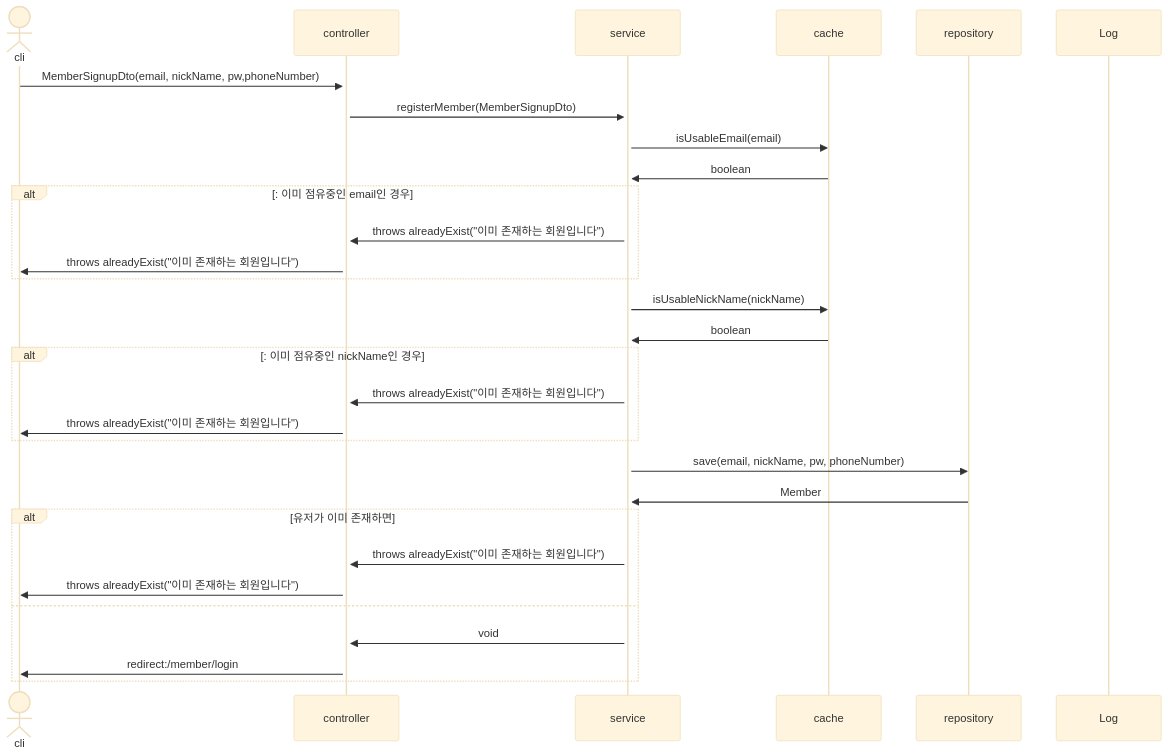
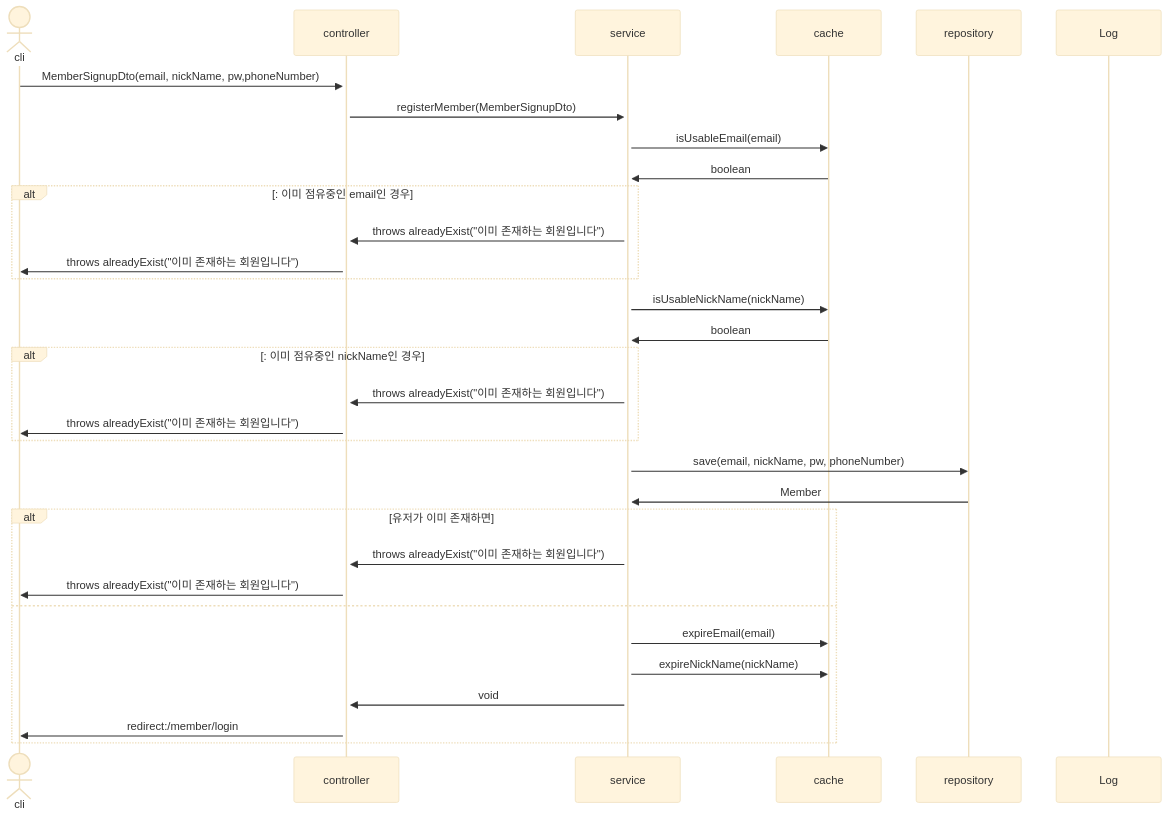
The fourth of 30 diagrams in sequence.md (mtak0235/snsX), drawn with Mermaid (base theme) before and after one commit. The commit also changed other lines of this file, not shown here.

Commit message:
update isValidMemberEamil & isValidMemberNickName sequence diagram

````diff
--- a/sequence.md
+++ b/sequence.md
@@ -74,34 +84,36 @@
 ```mermaid
 sequenceDiagram
 actor cli
 participant c as controller
 participant s as service
 participant ca as cache
 participant r as repository
 participant l as Log
 
 cli->>+c: MemberSignupDto(email, nickName, pw,phoneNumber)
 c->>+s: registerMember(MemberSignupDto)
 s->>ca: isUsableEmail(email)
 ca->>s: boolean
 alt: 이미 점유중인 email인 경우
 s->>c: throws alreadyExist("이미 존재하는 회원입니다")
 c->>cli: throws alreadyExist("이미 존재하는 회원입니다")
 end
 s->>ca: isUsableNickName(nickName)
 ca->>s: boolean
 alt: 이미 점유중인 nickName인 경우
 s->>c: throws alreadyExist("이미 존재하는 회원입니다")
 c->>cli: throws alreadyExist("이미 존재하는 회원입니다")
 end
 s->>r: save(email, nickName, pw, phoneNumber)
 r->>s: Member
 alt 유저가 이미 존재하면
 s->>c: throws alreadyExist("이미 존재하는 회원입니다")
 c->>cli: throws alreadyExist("이미 존재하는 회원입니다")
 else
+s->>ca: expireEmail(email)
+s->>ca: expireNickName(nickName)
 s->>c: void
 c->>cli: redirect:/member/login
 end
 
 ```
````
